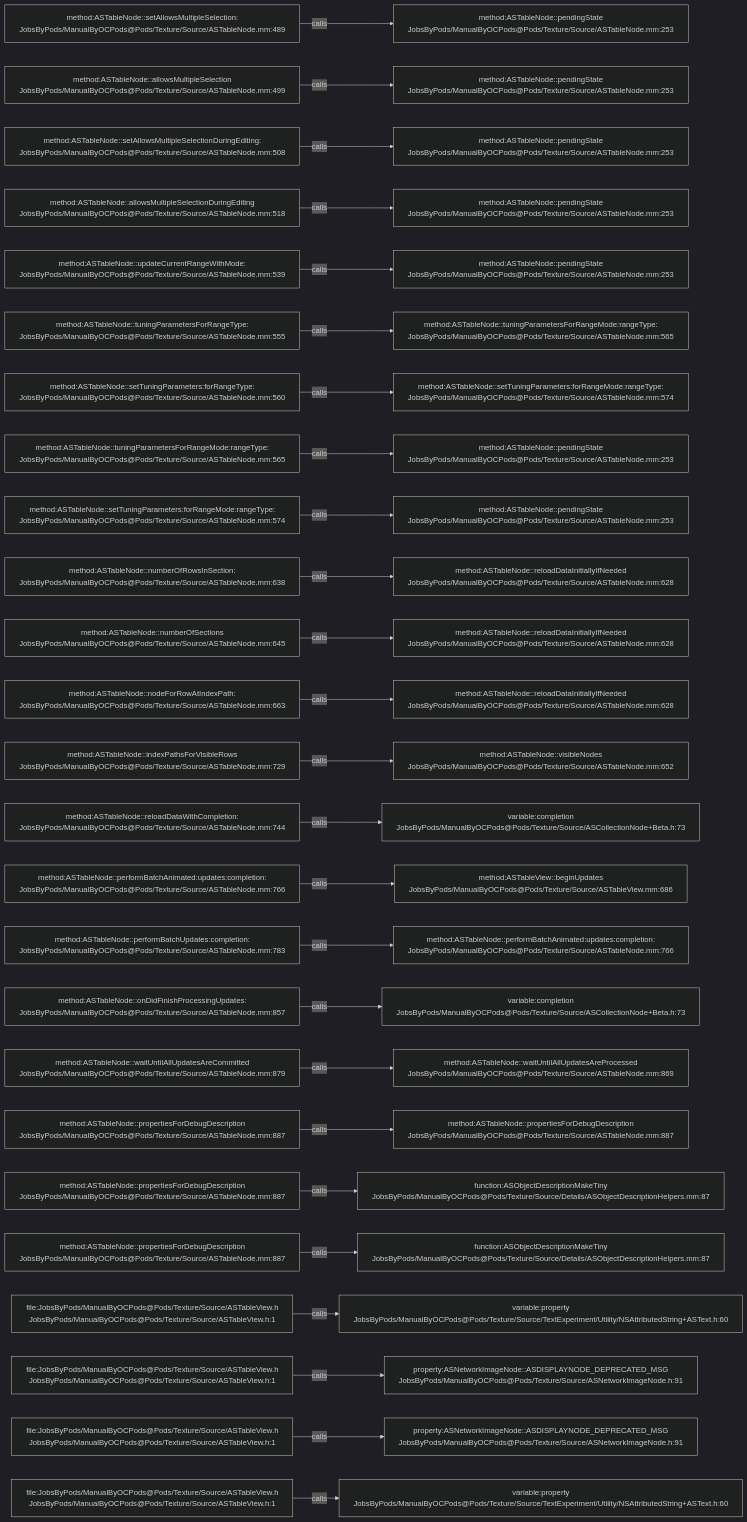
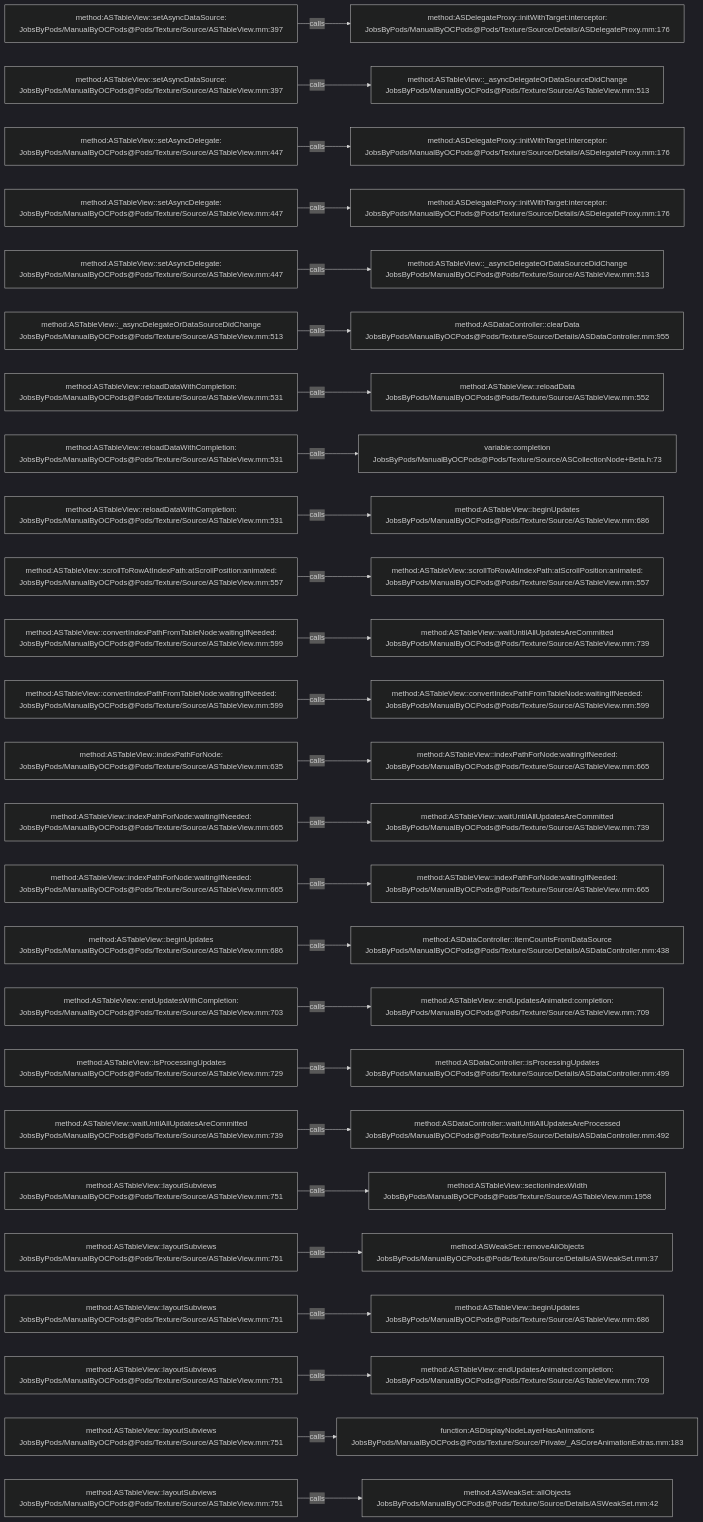
The diagram in .codegraph/codegraph.md/graphs/calls-125.md (JobsKits/JobsOCBaseConfigDemo), drawn with Mermaid (dark theme) before and after one commit. The commit also changed 1353 other files, not shown here.

````diff
--- a/.codegraph/codegraph.md/graphs/calls-125.md
+++ b/.codegraph/codegraph.md/graphs/calls-125.md
@@ -13,78 +13,78 @@
 ```mermaid
 flowchart LR
-  S1["method:ASTableNode::setAllowsMultipleSelection:<br/>JobsByPods/ManualByOCPods@Pods/Texture/Source/ASTableNode.mm:489"]
-  T1["method:ASTableNode::pendingState<br/>JobsByPods/ManualByOCPods@Pods/Texture/Source/ASTableNode.mm:253"]
+  S1["method:ASTableView::setAsyncDataSource:<br/>JobsByPods/ManualByOCPods@Pods/Texture/Source/ASTableView.mm:397"]
+  T1["method:ASDelegateProxy::initWithTarget:interceptor:<br/>JobsByPods/ManualByOCPods@Pods/Texture/Source/Details/ASDelegateProxy.mm:176"]
   S1 -->|calls| T1
-  S2["method:ASTableNode::allowsMultipleSelection<br/>JobsByPods/ManualByOCPods@Pods/Texture/Source/ASTableNode.mm:499"]
-  T2["method:ASTableNode::pendingState<br/>JobsByPods/ManualByOCPods@Pods/Texture/Source/ASTableNode.mm:253"]
+  S2["method:ASTableView::setAsyncDataSource:<br/>JobsByPods/ManualByOCPods@Pods/Texture/Source/ASTableView.mm:397"]
+  T2["method:ASTableView::_asyncDelegateOrDataSourceDidChange<br/>JobsByPods/ManualByOCPods@Pods/Texture/Source/ASTableView.mm:513"]
   S2 -->|calls| T2
-  S3["method:ASTableNode::setAllowsMultipleSelectionDuringEditing:<br/>JobsByPods/ManualByOCPods@Pods/Texture/Source/ASTableNode.mm:508"]
-  T3["method:ASTableNode::pendingState<br/>JobsByPods/ManualByOCPods@Pods/Texture/Source/ASTableNode.mm:253"]
+  S3["method:ASTableView::setAsyncDelegate:<br/>JobsByPods/ManualByOCPods@Pods/Texture/Source/ASTableView.mm:447"]
+  T3["method:ASDelegateProxy::initWithTarget:interceptor:<br/>JobsByPods/ManualByOCPods@Pods/Texture/Source/Details/ASDelegateProxy.mm:176"]
   S3 -->|calls| T3
-  S4["method:ASTableNode::allowsMultipleSelectionDuringEditing<br/>JobsByPods/ManualByOCPods@Pods/Texture/Source/ASTableNode.mm:518"]
-  T4["method:ASTableNode::pendingState<br/>JobsByPods/ManualByOCPods@Pods/Texture/Source/ASTableNode.mm:253"]
+  S4["method:ASTableView::setAsyncDelegate:<br/>JobsByPods/ManualByOCPods@Pods/Texture/Source/ASTableView.mm:447"]
+  T4["method:ASDelegateProxy::initWithTarget:interceptor:<br/>JobsByPods/ManualByOCPods@Pods/Texture/Source/Details/ASDelegateProxy.mm:176"]
   S4 -->|calls| T4
-  S5["method:ASTableNode::updateCurrentRangeWithMode:<br/>JobsByPods/ManualByOCPods@Pods/Texture/Source/ASTableNode.mm:539"]
-  T5["method:ASTableNode::pendingState<br/>JobsByPods/ManualByOCPods@Pods/Texture/Source/ASTableNode.mm:253"]
+  S5["method:ASTableView::setAsyncDelegate:<br/>JobsByPods/ManualByOCPods@Pods/Texture/Source/ASTableView.mm:447"]
+  T5["method:ASTableView::_asyncDelegateOrDataSourceDidChange<br/>JobsByPods/ManualByOCPods@Pods/Texture/Source/ASTableView.mm:513"]
   S5 -->|calls| T5
-  S6["method:ASTableNode::tuningParametersForRangeType:<br/>JobsByPods/ManualByOCPods@Pods/Texture/Source/ASTableNode.mm:555"]
-  T6["method:ASTableNode::tuningParametersForRangeMode:rangeType:<br/>JobsByPods/ManualByOCPods@Pods/Texture/Source/ASTableNode.mm:565"]
+  S6["method:ASTableView::_asyncDelegateOrDataSourceDidChange<br/>JobsByPods/ManualByOCPods@Pods/Texture/Source/ASTableView.mm:513"]
+  T6["method:ASDataController::clearData<br/>JobsByPods/ManualByOCPods@Pods/Texture/Source/Details/ASDataController.mm:955"]
   S6 -->|calls| T6
-  S7["method:ASTableNode::setTuningParameters:forRangeType:<br/>JobsByPods/ManualByOCPods@Pods/Texture/Source/ASTableNode.mm:560"]
-  T7["method:ASTableNode::setTuningParameters:forRangeMode:rangeType:<br/>JobsByPods/ManualByOCPods@Pods/Texture/Source/ASTableNode.mm:574"]
+  S7["method:ASTableView::reloadDataWithCompletion:<br/>JobsByPods/ManualByOCPods@Pods/Texture/Source/ASTableView.mm:531"]
+  T7["method:ASTableView::reloadData<br/>JobsByPods/ManualByOCPods@Pods/Texture/Source/ASTableView.mm:552"]
   S7 -->|calls| T7
-  S8["method:ASTableNode::tuningParametersForRangeMode:rangeType:<br/>JobsByPods/ManualByOCPods@Pods/Texture/Source/ASTableNode.mm:565"]
-  T8["method:ASTableNode::pendingState<br/>JobsByPods/ManualByOCPods@Pods/Texture/Source/ASTableNode.mm:253"]
+  S8["method:ASTableView::reloadDataWithCompletion:<br/>JobsByPods/ManualByOCPods@Pods/Texture/Source/ASTableView.mm:531"]
+  T8["variable:completion<br/>JobsByPods/ManualByOCPods@Pods/Texture/Source/ASCollectionNode+Beta.h:73"]
   S8 -->|calls| T8
-  S9["method:ASTableNode::setTuningParameters:forRangeMode:rangeType:<br/>JobsByPods/ManualByOCPods@Pods/Texture/Source/ASTableNode.mm:574"]
-  T9["method:ASTableNode::pendingState<br/>JobsByPods/ManualByOCPods@Pods/Texture/Source/ASTableNode.mm:253"]
+  S9["method:ASTableView::reloadDataWithCompletion:<br/>JobsByPods/ManualByOCPods@Pods/Texture/Source/ASTableView.mm:531"]
+  T9["method:ASTableView::beginUpdates<br/>JobsByPods/ManualByOCPods@Pods/Texture/Source/ASTableView.mm:686"]
   S9 -->|calls| T9
-  S10["method:ASTableNode::numberOfRowsInSection:<br/>JobsByPods/ManualByOCPods@Pods/Texture/Source/ASTableNode.mm:638"]
-  T10["method:ASTableNode::reloadDataInitiallyIfNeeded<br/>JobsByPods/ManualByOCPods@Pods/Texture/Source/ASTableNode.mm:628"]
+  S10["method:ASTableView::scrollToRowAtIndexPath:atScrollPosition:animated:<br/>JobsByPods/ManualByOCPods@Pods/Texture/Source/ASTableView.mm:557"]
+  T10["method:ASTableView::scrollToRowAtIndexPath:atScrollPosition:animated:<br/>JobsByPods/ManualByOCPods@Pods/Texture/Source/ASTableView.mm:557"]
   S10 -->|calls| T10
-  S11["method:ASTableNode::numberOfSections<br/>JobsByPods/ManualByOCPods@Pods/Texture/Source/ASTableNode.mm:645"]
-  T11["method:ASTableNode::reloadDataInitiallyIfNeeded<br/>JobsByPods/ManualByOCPods@Pods/Texture/Source/ASTableNode.mm:628"]
+  S11["method:ASTableView::convertIndexPathFromTableNode:waitingIfNeeded:<br/>JobsByPods/ManualByOCPods@Pods/Texture/Source/ASTableView.mm:599"]
+  T11["method:ASTableView::waitUntilAllUpdatesAreCommitted<br/>JobsByPods/ManualByOCPods@Pods/Texture/Source/ASTableView.mm:739"]
   S11 -->|calls| T11
-  S12["method:ASTableNode::nodeForRowAtIndexPath:<br/>JobsByPods/ManualByOCPods@Pods/Texture/Source/ASTableNode.mm:663"]
-  T12["method:ASTableNode::reloadDataInitiallyIfNeeded<br/>JobsByPods/ManualByOCPods@Pods/Texture/Source/ASTableNode.mm:628"]
+  S12["method:ASTableView::convertIndexPathFromTableNode:waitingIfNeeded:<br/>JobsByPods/ManualByOCPods@Pods/Texture/Source/ASTableView.mm:599"]
+  T12["method:ASTableView::convertIndexPathFromTableNode:waitingIfNeeded:<br/>JobsByPods/ManualByOCPods@Pods/Texture/Source/ASTableView.mm:599"]
   S12 -->|calls| T12
-  S13["method:ASTableNode::indexPathsForVisibleRows<br/>JobsByPods/ManualByOCPods@Pods/Texture/Source/ASTableNode.mm:729"]
-  T13["method:ASTableNode::visibleNodes<br/>JobsByPods/ManualByOCPods@Pods/Texture/Source/ASTableNode.mm:652"]
+  S13["method:ASTableView::indexPathForNode:<br/>JobsByPods/ManualByOCPods@Pods/Texture/Source/ASTableView.mm:635"]
+  T13["method:ASTableView::indexPathForNode:waitingIfNeeded:<br/>JobsByPods/ManualByOCPods@Pods/Texture/Source/ASTableView.mm:665"]
   S13 -->|calls| T13
-  S14["method:ASTableNode::reloadDataWithCompletion:<br/>JobsByPods/ManualByOCPods@Pods/Texture/Source/ASTableNode.mm:744"]
-  T14["variable:completion<br/>JobsByPods/ManualByOCPods@Pods/Texture/Source/ASCollectionNode+Beta.h:73"]
+  S14["method:ASTableView::indexPathForNode:waitingIfNeeded:<br/>JobsByPods/ManualByOCPods@Pods/Texture/Source/ASTableView.mm:665"]
+  T14["method:ASTableView::waitUntilAllUpdatesAreCommitted<br/>JobsByPods/ManualByOCPods@Pods/Texture/Source/ASTableView.mm:739"]
   S14 -->|calls| T14
-  S15["method:ASTableNode::performBatchAnimated:updates:completion:<br/>JobsByPods/ManualByOCPods@Pods/Texture/Source/ASTableNode.mm:766"]
-  T15["method:ASTableView::beginUpdates<br/>JobsByPods/ManualByOCPods@Pods/Texture/Source/ASTableView.mm:686"]
+  S15["method:ASTableView::indexPathForNode:waitingIfNeeded:<br/>JobsByPods/ManualByOCPods@Pods/Texture/Source/ASTableView.mm:665"]
+  T15["method:ASTableView::indexPathForNode:waitingIfNeeded:<br/>JobsByPods/ManualByOCPods@Pods/Texture/Source/ASTableView.mm:665"]
   S15 -->|calls| T15
-  S16["method:ASTableNode::performBatchUpdates:completion:<br/>JobsByPods/ManualByOCPods@Pods/Texture/Source/ASTableNode.mm:783"]
-  T16["method:ASTableNode::performBatchAnimated:updates:completion:<br/>JobsByPods/ManualByOCPods@Pods/Texture/Source/ASTableNode.mm:766"]
+  S16["method:ASTableView::beginUpdates<br/>JobsByPods/ManualByOCPods@Pods/Texture/Source/ASTableView.mm:686"]
+  T16["method:ASDataController::itemCountsFromDataSource<br/>JobsByPods/ManualByOCPods@Pods/Texture/Source/Details/ASDataController.mm:438"]
   S16 -->|calls| T16
-  S17["method:ASTableNode::onDidFinishProcessingUpdates:<br/>JobsByPods/ManualByOCPods@Pods/Texture/Source/ASTableNode.mm:857"]
-  T17["variable:completion<br/>JobsByPods/ManualByOCPods@Pods/Texture/Source/ASCollectionNode+Beta.h:73"]
+  S17["method:ASTableView::endUpdatesWithCompletion:<br/>JobsByPods/ManualByOCPods@Pods/Texture/Source/ASTableView.mm:703"]
+  T17["method:ASTableView::endUpdatesAnimated:completion:<br/>JobsByPods/ManualByOCPods@Pods/Texture/Source/ASTableView.mm:709"]
   S17 -->|calls| T17
-  S18["method:ASTableNode::waitUntilAllUpdatesAreCommitted<br/>JobsByPods/ManualByOCPods@Pods/Texture/Source/ASTableNode.mm:879"]
-  T18["method:ASTableNode::waitUntilAllUpdatesAreProcessed<br/>JobsByPods/ManualByOCPods@Pods/Texture/Source/ASTableNode.mm:869"]
+  S18["method:ASTableView::isProcessingUpdates<br/>JobsByPods/ManualByOCPods@Pods/Texture/Source/ASTableView.mm:729"]
+  T18["method:ASDataController::isProcessingUpdates<br/>JobsByPods/ManualByOCPods@Pods/Texture/Source/Details/ASDataController.mm:499"]
   S18 -->|calls| T18
-  S19["method:ASTableNode::propertiesForDebugDescription<br/>JobsByPods/ManualByOCPods@Pods/Texture/Source/ASTableNode.mm:887"]
-  T19["method:ASTableNode::propertiesForDebugDescription<br/>JobsByPods/ManualByOCPods@Pods/Texture/Source/ASTableNode.mm:887"]
+  S19["method:ASTableView::waitUntilAllUpdatesAreCommitted<br/>JobsByPods/ManualByOCPods@Pods/Texture/Source/ASTableView.mm:739"]
+  T19["method:ASDataController::waitUntilAllUpdatesAreProcessed<br/>JobsByPods/ManualByOCPods@Pods/Texture/Source/Details/ASDataController.mm:492"]
   S19 -->|calls| T19
-  S20["method:ASTableNode::propertiesForDebugDescription<br/>JobsByPods/ManualByOCPods@Pods/Texture/Source/ASTableNode.mm:887"]
-  T20["function:ASObjectDescriptionMakeTiny<br/>JobsByPods/ManualByOCPods@Pods/Texture/Source/Details/ASObjectDescriptionHelpers.mm:87"]
+  S20["method:ASTableView::layoutSubviews<br/>JobsByPods/ManualByOCPods@Pods/Texture/Source/ASTableView.mm:751"]
+  T20["method:ASTableView::sectionIndexWidth<br/>JobsByPods/ManualByOCPods@Pods/Texture/Source/ASTableView.mm:1958"]
   S20 -->|calls| T20
-  S21["method:ASTableNode::propertiesForDebugDescription<br/>JobsByPods/ManualByOCPods@Pods/Texture/Source/ASTableNode.mm:887"]
-  T21["function:ASObjectDescriptionMakeTiny<br/>JobsByPods/ManualByOCPods@Pods/Texture/Source/Details/ASObjectDescriptionHelpers.mm:87"]
+  S21["method:ASTableView::layoutSubviews<br/>JobsByPods/ManualByOCPods@Pods/Texture/Source/ASTableView.mm:751"]
+  T21["method:ASWeakSet::removeAllObjects<br/>JobsByPods/ManualByOCPods@Pods/Texture/Source/Details/ASWeakSet.mm:37"]
   S21 -->|calls| T21
-  S22["file:JobsByPods/ManualByOCPods@Pods/Texture/Source/ASTableView.h<br/>JobsByPods/ManualByOCPods@Pods/Texture/Source/ASTableView.h:1"]
-  T22["variable:property<br/>JobsByPods/ManualByOCPods@Pods/Texture/Source/TextExperiment/Utility/NSAttributedString+ASText.h:60"]
+  S22["method:ASTableView::layoutSubviews<br/>JobsByPods/ManualByOCPods@Pods/Texture/Source/ASTableView.mm:751"]
+  T22["method:ASTableView::beginUpdates<br/>JobsByPods/ManualByOCPods@Pods/Texture/Source/ASTableView.mm:686"]
   S22 -->|calls| T22
-  S23["file:JobsByPods/ManualByOCPods@Pods/Texture/Source/ASTableView.h<br/>JobsByPods/ManualByOCPods@Pods/Texture/Source/ASTableView.h:1"]
-  T23["property:ASNetworkImageNode::ASDISPLAYNODE_DEPRECATED_MSG<br/>JobsByPods/ManualByOCPods@Pods/Texture/Source/ASNetworkImageNode.h:91"]
+  S23["method:ASTableView::layoutSubviews<br/>JobsByPods/ManualByOCPods@Pods/Texture/Source/ASTableView.mm:751"]
+  T23["method:ASTableView::endUpdatesAnimated:completion:<br/>JobsByPods/ManualByOCPods@Pods/Texture/Source/ASTableView.mm:709"]
   S23 -->|calls| T23
-  S24["file:JobsByPods/ManualByOCPods@Pods/Texture/Source/ASTableView.h<br/>JobsByPods/ManualByOCPods@Pods/Texture/Source/ASTableView.h:1"]
-  T24["property:ASNetworkImageNode::ASDISPLAYNODE_DEPRECATED_MSG<br/>JobsByPods/ManualByOCPods@Pods/Texture/Source/ASNetworkImageNode.h:91"]
+  S24["method:ASTableView::layoutSubviews<br/>JobsByPods/ManualByOCPods@Pods/Texture/Source/ASTableView.mm:751"]
+  T24["function:ASDisplayNodeLayerHasAnimations<br/>JobsByPods/ManualByOCPods@Pods/Texture/Source/Private/_ASCoreAnimationExtras.mm:183"]
   S24 -->|calls| T24
-  S25["file:JobsByPods/ManualByOCPods@Pods/Texture/Source/ASTableView.h<br/>JobsByPods/ManualByOCPods@Pods/Texture/Source/ASTableView.h:1"]
-  T25["variable:property<br/>JobsByPods/ManualByOCPods@Pods/Texture/Source/TextExperiment/Utility/NSAttributedString+ASText.h:60"]
+  S25["method:ASTableView::layoutSubviews<br/>JobsByPods/ManualByOCPods@Pods/Texture/Source/ASTableView.mm:751"]
+  T25["method:ASWeakSet::allObjects<br/>JobsByPods/ManualByOCPods@Pods/Texture/Source/Details/ASWeakSet.mm:42"]
   S25 -->|calls| T25
 ```
````
